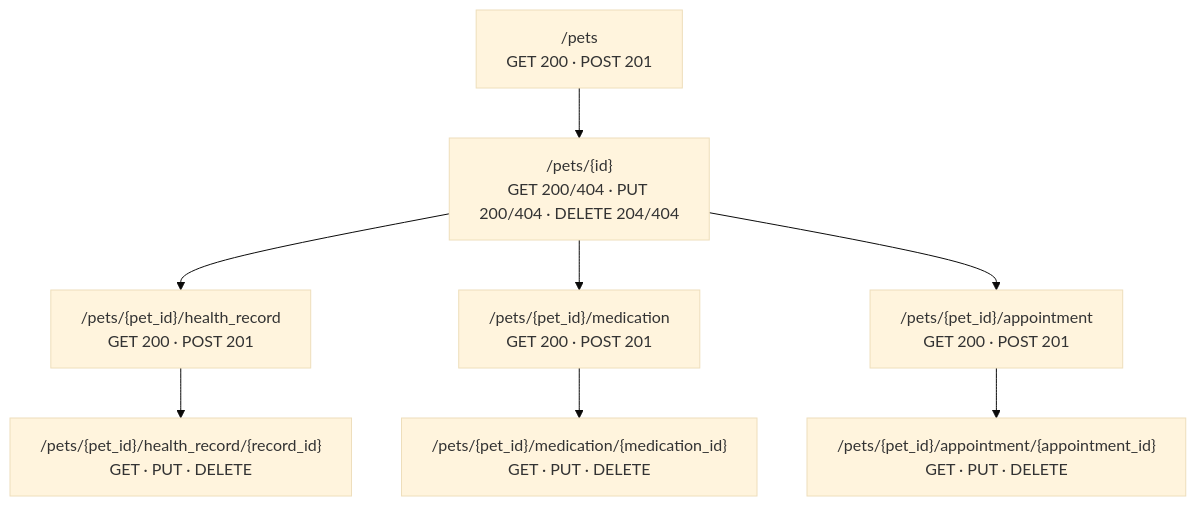
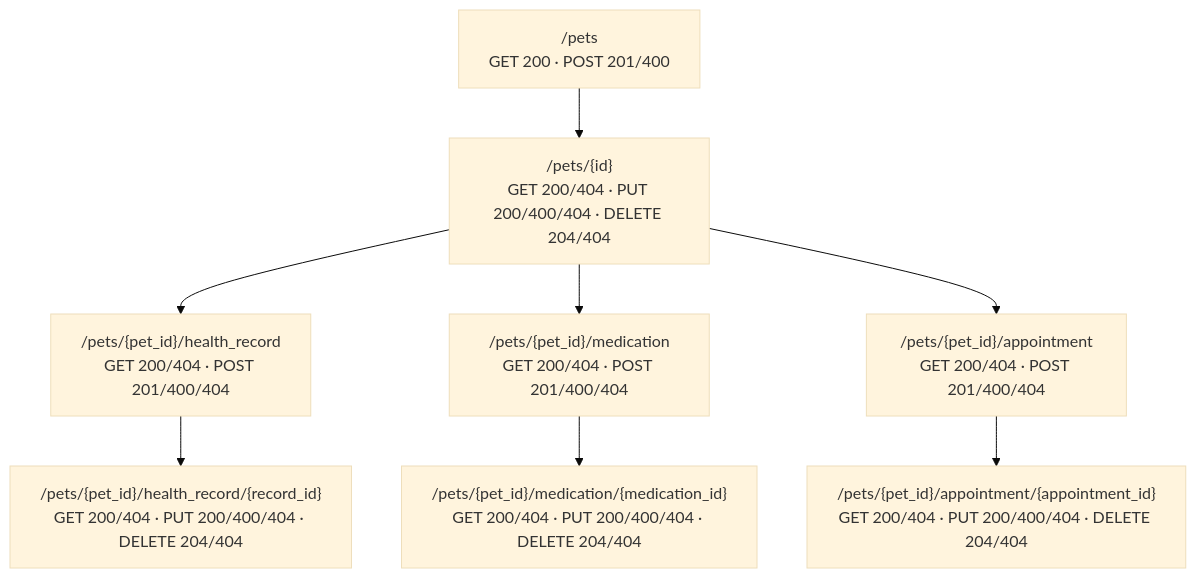
One commit to tobykpcheng/pet-health-tracker changed the second of 3 diagrams in designs/api-design/pet-health-api-overview.md. Above: the diagram before and after it, drawn with Mermaid (base theme). The commit also changed other lines of this file and 2 other files, not shown here.

Commit message:
Fix API/DB design doc inconsistencies
- API overview: add missing 400/404 codes to the endpoint map, align example
  request bodies with the UI mockup data, clarify when 404 is returned
- ERD: note the explicit @Column mappings needed for id -> *_id and
  weight -> weight_lb
- API YAML: make the delete-appointment summary match the other endpoints

Claude-Session: https://claude.ai/code/session_019gxgoQF6FxfiSV3HtksArA

````diff
--- a/designs/api-design/pet-health-api-overview.md
+++ b/designs/api-design/pet-health-api-overview.md
@@ -64,16 +64,16 @@
 ```mermaid
 flowchart TB
-    root["/pets<br/>GET 200 · POST 201"]
-    pet["/pets/{id}<br/>GET 200/404 · PUT 200/404 · DELETE 204/404"]
-    hr["/pets/{pet_id}/health_record<br/>GET 200 · POST 201"]
-    hrId["/pets/{pet_id}/health_record/{record_id}<br/>GET · PUT · DELETE"]
-    med["/pets/{pet_id}/medication<br/>GET 200 · POST 201"]
-    medId["/pets/{pet_id}/medication/{medication_id}<br/>GET · PUT · DELETE"]
-    ap["/pets/{pet_id}/appointment<br/>GET 200 · POST 201"]
-    apId["/pets/{pet_id}/appointment/{appointment_id}<br/>GET · PUT · DELETE"]
+    root["/pets<br/>GET 200 · POST 201/400"]
+    pet["/pets/{id}<br/>GET 200/404 · PUT 200/400/404 · DELETE 204/404"]
+    hr["/pets/{pet_id}/health_record<br/>GET 200/404 · POST 201/400/404"]
+    hrId["/pets/{pet_id}/health_record/{record_id}<br/>GET 200/404 · PUT 200/400/404 · DELETE 204/404"]
+    med["/pets/{pet_id}/medication<br/>GET 200/404 · POST 201/400/404"]
+    medId["/pets/{pet_id}/medication/{medication_id}<br/>GET 200/404 · PUT 200/400/404 · DELETE 204/404"]
+    ap["/pets/{pet_id}/appointment<br/>GET 200/404 · POST 201/400/404"]
+    apId["/pets/{pet_id}/appointment/{appointment_id}<br/>GET 200/404 · PUT 200/400/404 · DELETE 204/404"]
 
     root --> pet
     pet --> hr --> hrId
     pet --> med --> medId
     pet --> ap --> apId
 ```
````
